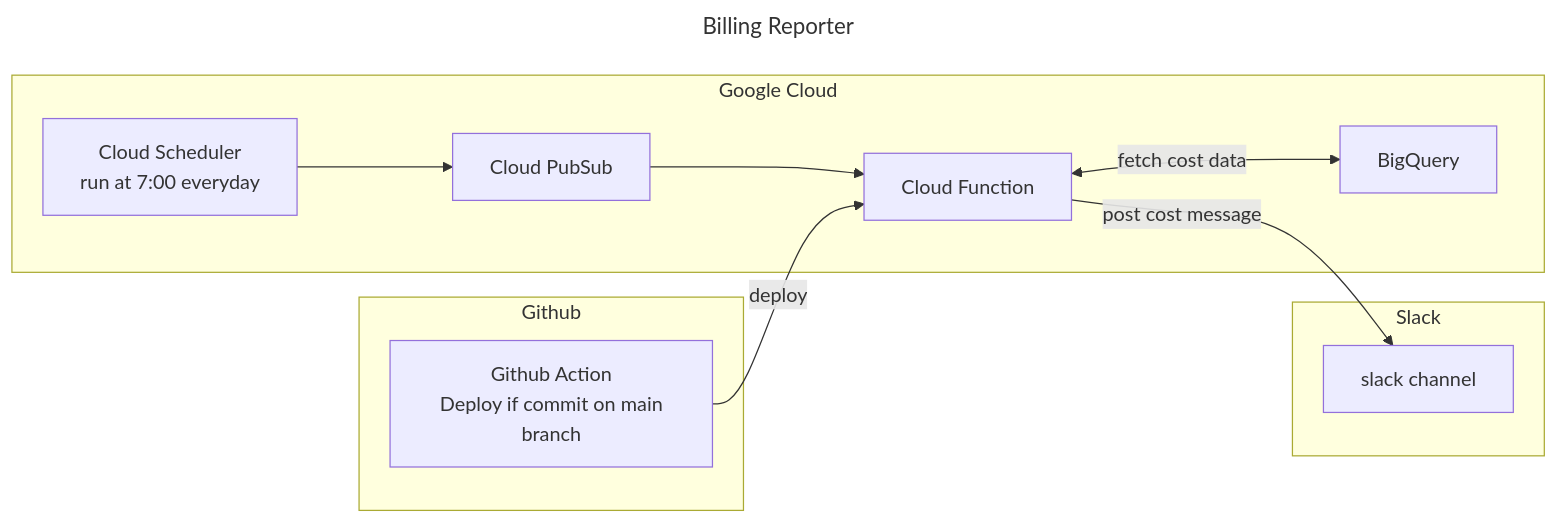
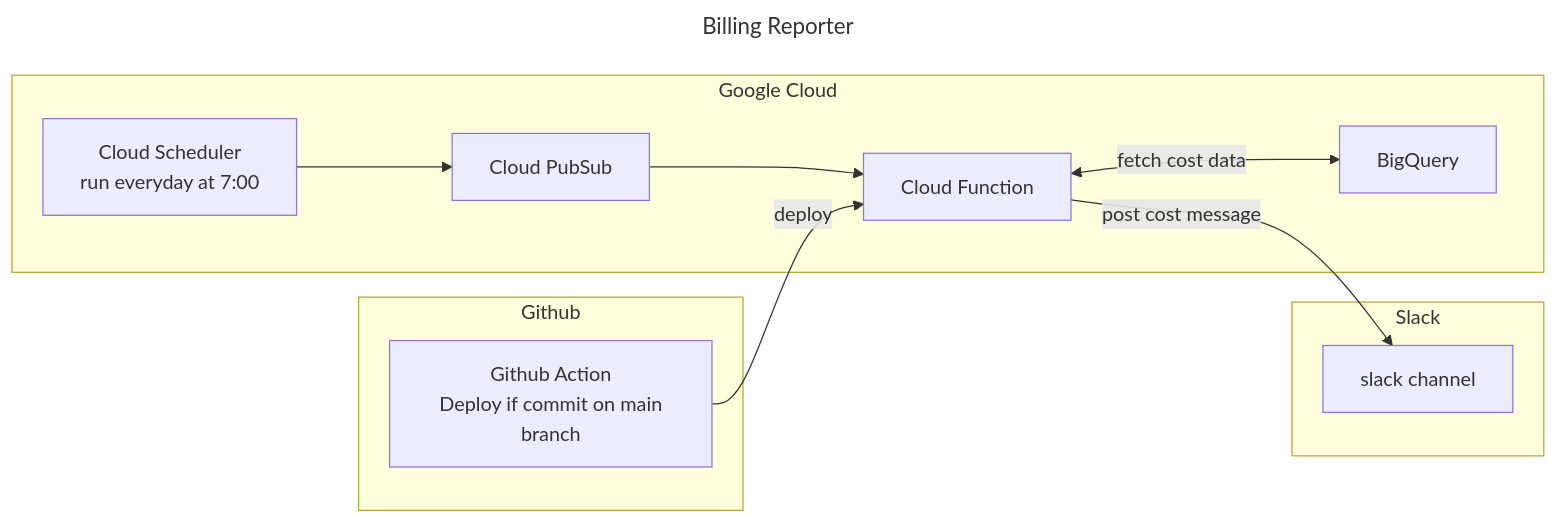
Before and after one commit to haru-256/gcp-billing-reporter: the diagram in README.md, drawn with Mermaid.

Commit message:
FIX: docs (#11)
* ADD: docs

* FIX: docs

````diff
--- a/README.md
+++ b/README.md
@@ -5,17 +5,17 @@
 ```mermaid
 ---
 title: Billing Reporter
 ---
 flowchart LR
     subgraph Google Cloud
-    scheduler["Cloud Scheduler\n run at 7:00 everyday"] --> pubsub[Cloud PubSub]
+    scheduler["Cloud Scheduler\n run everyday at 7:00"] --> pubsub[Cloud PubSub]
     pubsub --> function[Cloud Function]
     function <-->|fetch cost data| bigquery[BigQuery]
     end
     subgraph Github
     github["Github Action\n Deploy if commit on main branch"] -->|deploy| function
     end
     subgraph Slack
     function -->|post cost message| slack[slack channel]
     end
 ```
````
